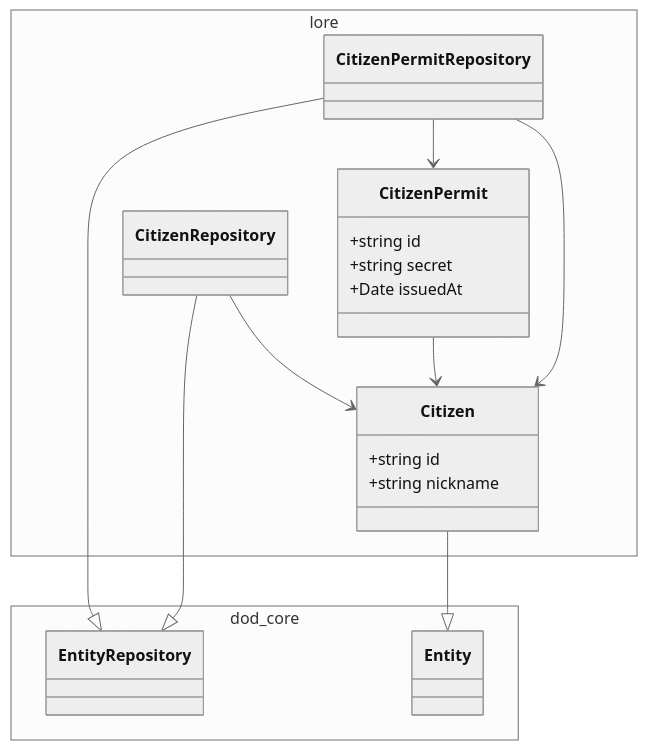
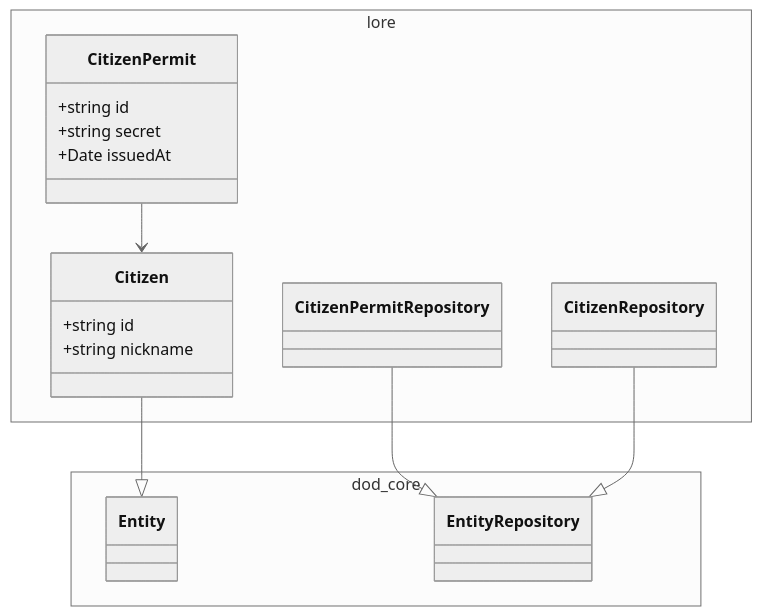
Before and after one commit to pslotinsky/decay-of-magic: the second of 3 diagrams in realms/citizen/README.md, drawn with Mermaid (neutral theme). The commit also changed other lines of this file and 16 other files, not shown here.

````diff
--- a/realms/citizen/README.md
+++ b/realms/citizen/README.md
@@ -196,28 +106,25 @@
 ```mermaid
 classDiagram
   namespace lore {
     class CitizenPermit {
       +string id
       +string secret
       +Date issuedAt
     }
     class Citizen {
       +string id
       +string nickname
     }
     class CitizenPermitRepository
     class CitizenRepository
   }
   namespace dod_core {
     class Entity
     class EntityRepository
   }
 
   CitizenPermit --> Citizen
   Citizen --|> Entity
   CitizenPermitRepository --|> EntityRepository
-  CitizenPermitRepository --> CitizenPermit
-  CitizenPermitRepository --> Citizen
   CitizenRepository --|> EntityRepository
-  CitizenRepository --> Citizen
 ```
````
